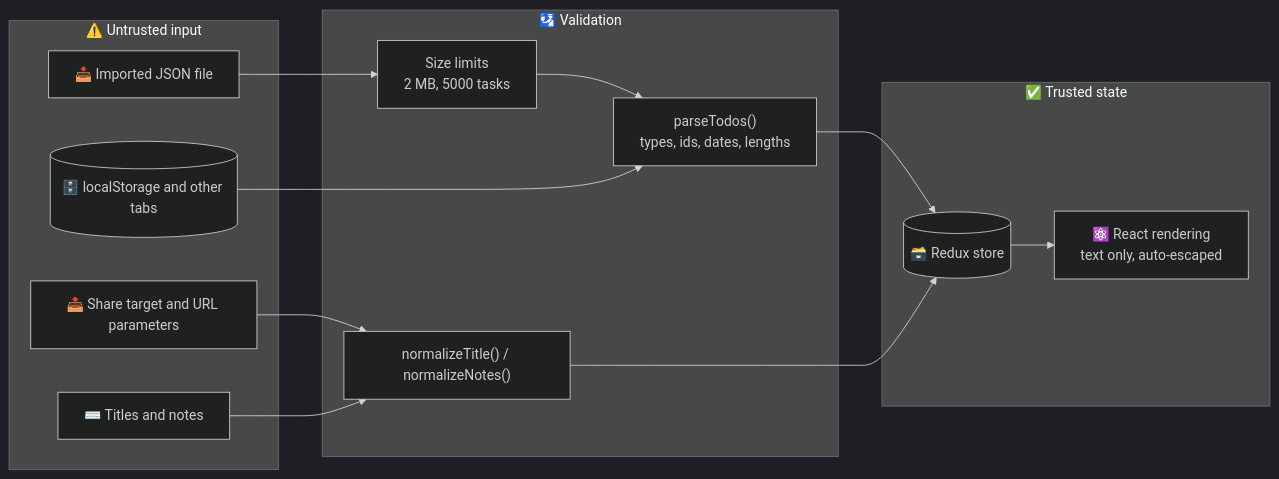
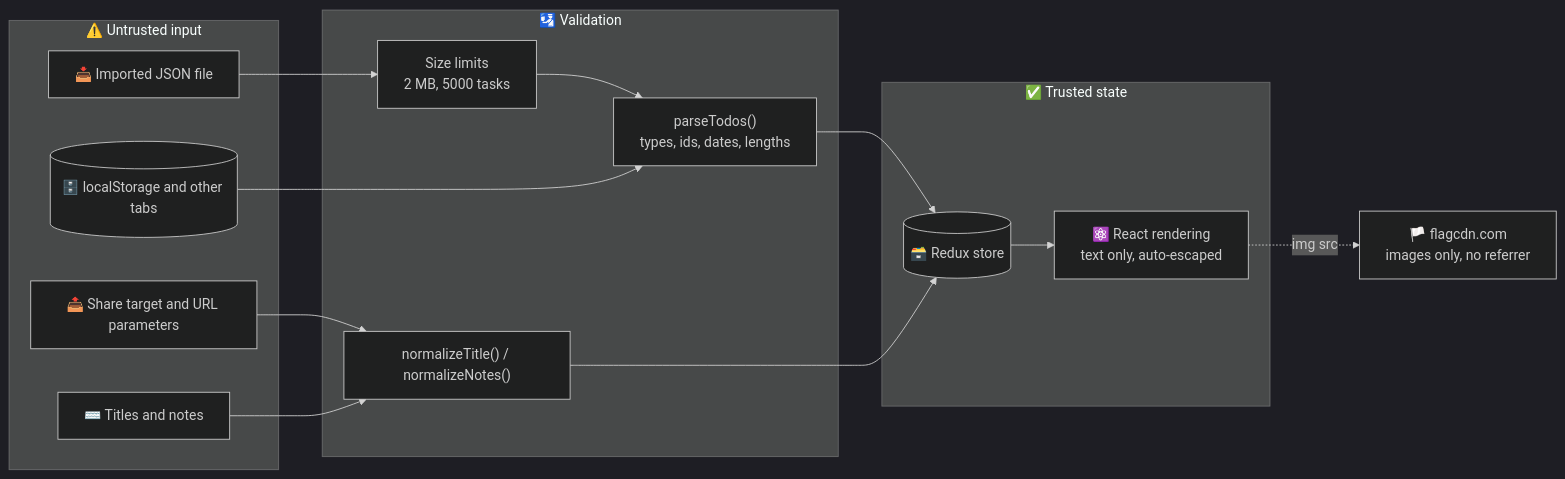
Before and after one commit to sacrificed666/react-todo-app: the first of 2 diagrams in docs/security.md, drawn with Mermaid (dark theme). The commit also changed other lines of this file and 102 other files, not shown here.

````diff
--- a/docs/security.md
+++ b/docs/security.md
@@ -9,28 +9,31 @@
 ```mermaid
 flowchart LR
   subgraph Untrusted["⚠️ Untrusted input"]
     File[📥 Imported JSON file]
     Share[📤 Share target and URL parameters]
     Storage[(🗄️ localStorage and other tabs)]
     Typing[⌨️ Titles and notes]
   end
 
   subgraph Gate["🛂 Validation"]
     Limits["Size limits<br/>2 MB, 5000 tasks"]
     Parse["parseTodos()<br/>types, ids, dates, lengths"]
     Normalize["normalizeTitle() / normalizeNotes()"]
   end
 
   subgraph App["✅ Trusted state"]
     Store[(🗃️ Redux store)]
     React["⚛️ React rendering<br/>text only, auto-escaped"]
   end
 
+  Flags["🏳️ flagcdn.com<br/>images only, no referrer"]
+
   File --> Limits --> Parse
   Storage --> Parse
   Share --> Normalize
   Typing --> Normalize
   Parse --> Store
   Normalize --> Store
   Store --> React
+  React -. "img src" .-> Flags
 ```
````
